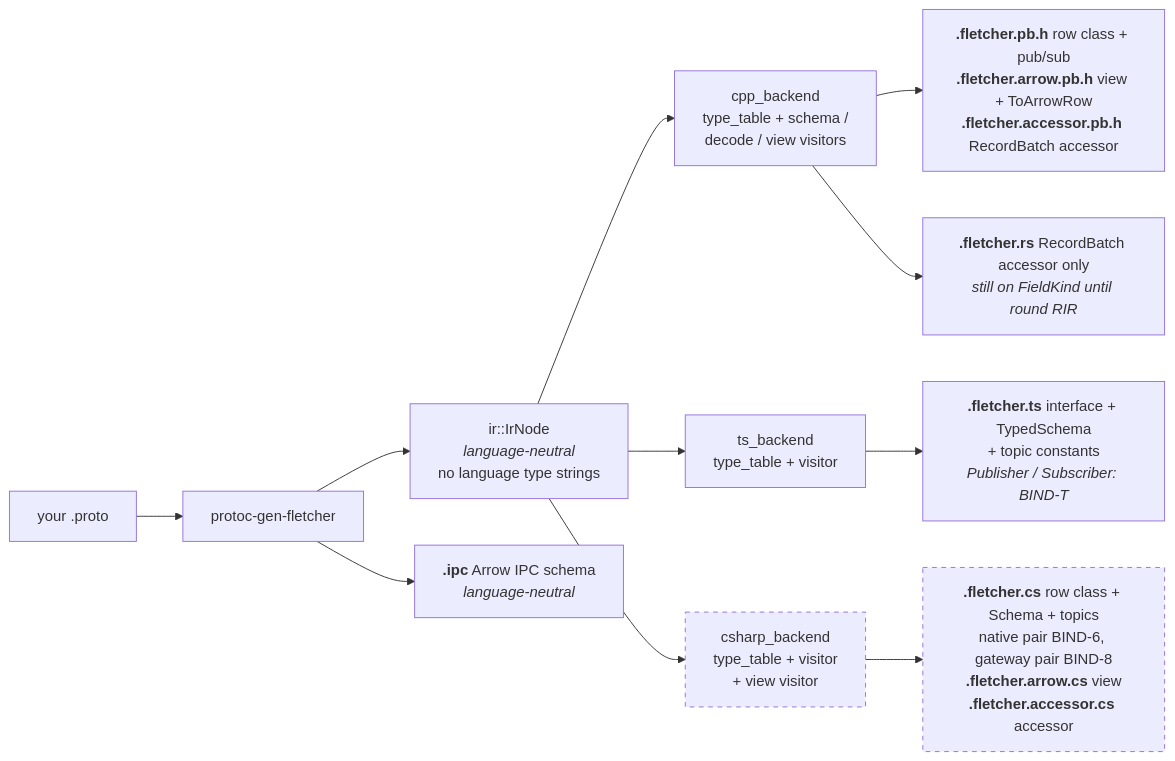
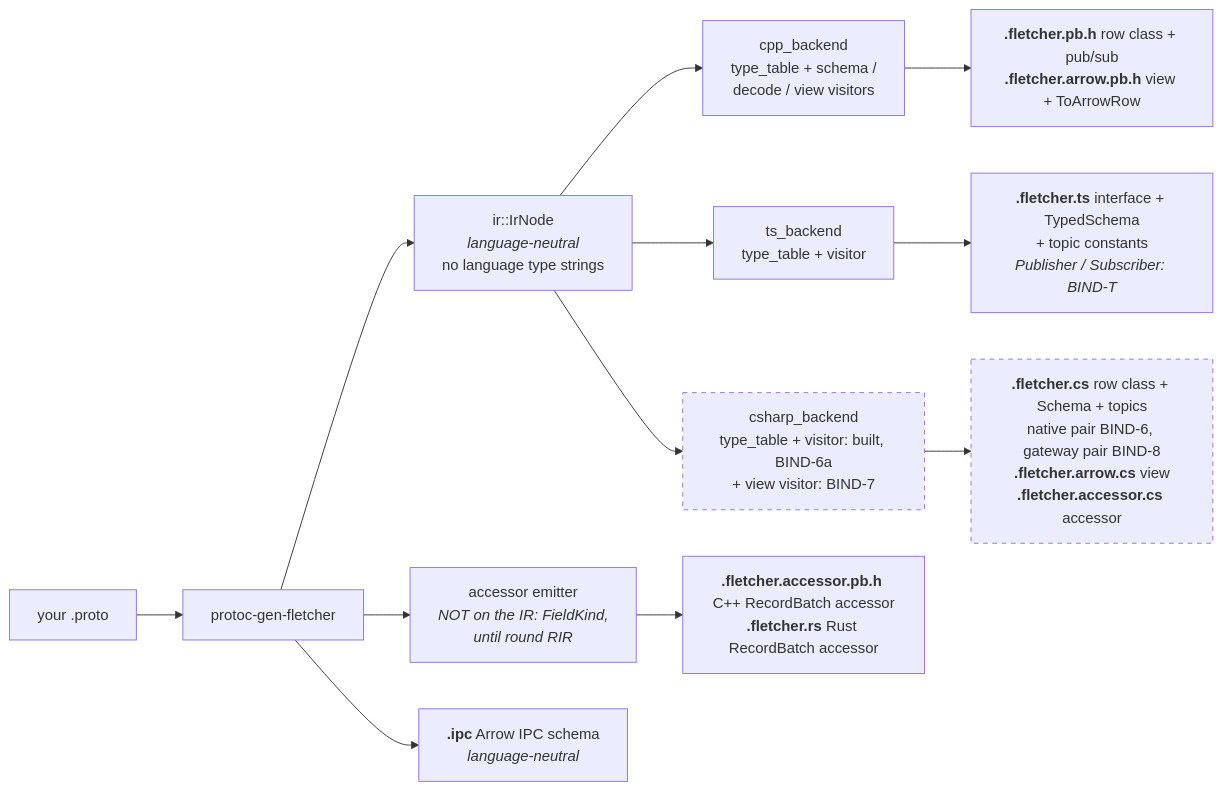
Before and after one commit to eivacom/Fletcher: the second of 12 diagrams in plans/BIND-architecture-diagrams.md, drawn with Mermaid. The commit also changed other lines of this file, not shown here.

````diff
--- a/plans/BIND-architecture-diagrams.md
+++ b/plans/BIND-architecture-diagrams.md
@@ -189,19 +199,21 @@
 ```mermaid
 flowchart LR
     PROTO["your .proto"] --> PLUGIN["protoc-gen-fletcher"]
     PLUGIN --> IR["ir::IrNode<br/><i>language-neutral</i><br/>no language type strings"]
 
     IR --> CPPB["cpp_backend<br/>type_table + schema /<br/>decode / view visitors"]
     IR --> TSB["ts_backend<br/>type_table + visitor"]
-    IR --> CSB["csharp_backend<br/>type_table + visitor<br/>+ view visitor"]
+    IR --> CSB["csharp_backend<br/>type_table + visitor: built, BIND-6a<br/>+ view visitor: BIND-7"]
 
-    CPPB --> GCPP["<b>.fletcher.pb.h</b> row class + pub/sub<br/><b>.fletcher.arrow.pb.h</b> view + ToArrowRow<br/><b>.fletcher.accessor.pb.h</b> RecordBatch accessor"]
+    PLUGIN --> ACC["accessor emitter<br/><i>NOT on the IR: FieldKind,<br/>until round RIR</i>"]
+
+    CPPB --> GCPP["<b>.fletcher.pb.h</b> row class + pub/sub<br/><b>.fletcher.arrow.pb.h</b> view + ToArrowRow"]
     TSB --> GTS["<b>.fletcher.ts</b> interface + TypedSchema<br/>+ topic constants<br/><i>Publisher / Subscriber: BIND-T</i>"]
-    CPPB --> GRS["<b>.fletcher.rs</b> RecordBatch accessor only<br/><i>still on FieldKind until round RIR</i>"]
+    ACC --> GACC["<b>.fletcher.accessor.pb.h</b> C++ RecordBatch accessor<br/><b>.fletcher.rs</b> Rust RecordBatch accessor"]
     CSB --> GCS["<b>.fletcher.cs</b> row class + Schema + topics<br/>native pair BIND-6, gateway pair BIND-8<br/><b>.fletcher.arrow.cs</b> view<br/><b>.fletcher.accessor.cs</b> accessor"]
 
     PLUGIN --> IPC["<b>.ipc</b> Arrow IPC schema<br/><i>language-neutral</i>"]
 
     classDef planned stroke-dasharray: 5 5
     class CSB,GCS planned
 ```
````
